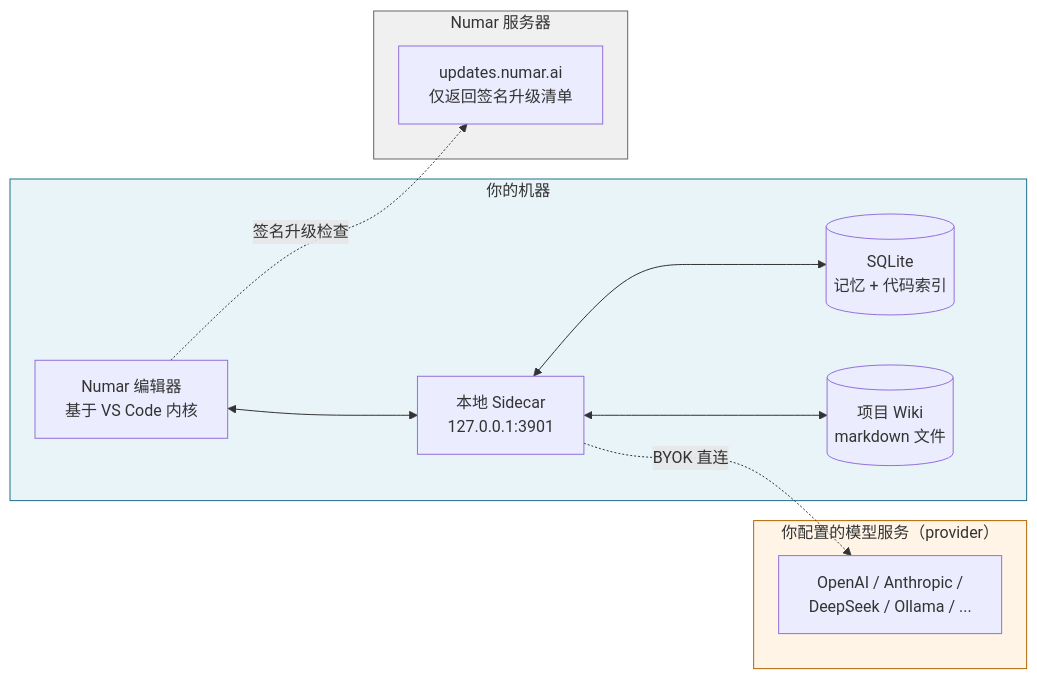
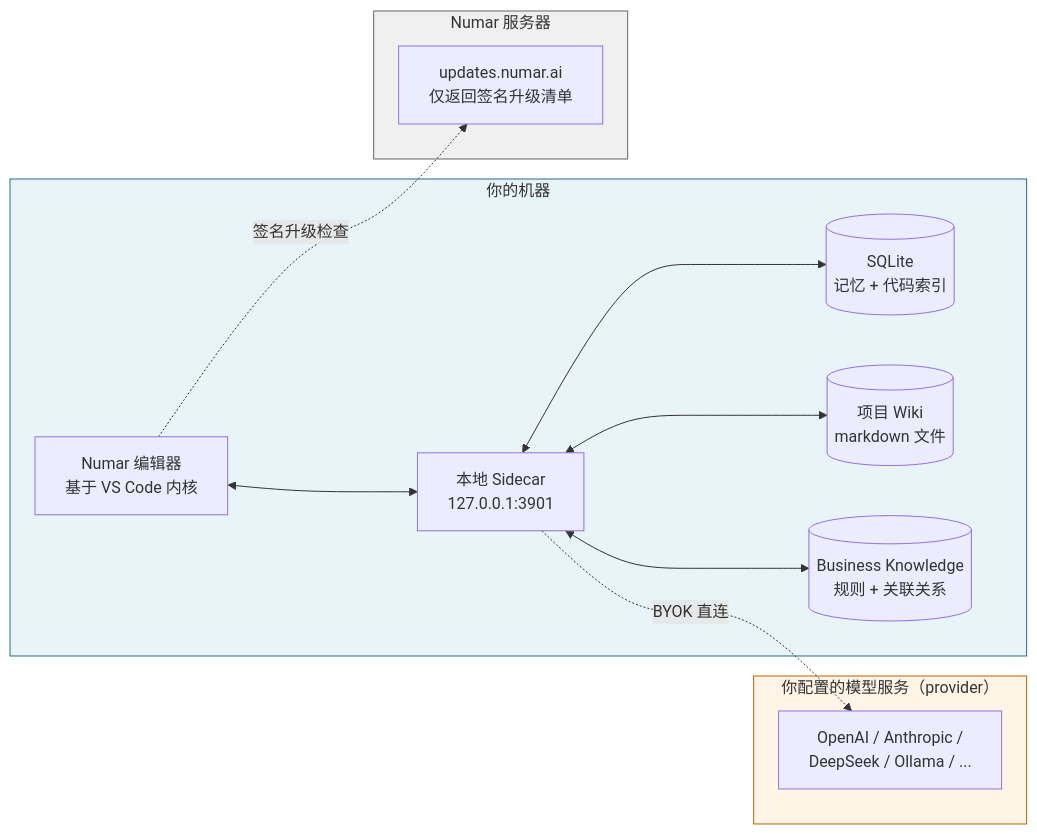
Before and after one commit to NumarAI/numar-releases: the first of 3 diagrams in README.zh-CN.md, drawn with Mermaid. The commit also changed other lines of this file and 1 other file, not shown here.

````diff
--- a/README.zh-CN.md
+++ b/README.zh-CN.md
@@ -63,31 +66,33 @@
 ```mermaid
 graph LR
     subgraph YourMachine["你的机器"]
         Editor[Numar 编辑器<br/>基于 VS Code 内核]
         Sidecar[本地 Sidecar<br/>127.0.0.1:3901]
         SQLite[(SQLite<br/>记忆 + 代码索引)]
         Wiki[(项目 Wiki<br/>markdown 文件)]
+        BusinessKnowledge[(Business Knowledge<br/>规则 + 关联关系)]
         Editor <--> Sidecar
         Sidecar <--> SQLite
         Sidecar <--> Wiki
+        Sidecar <--> BusinessKnowledge
     end
 
     subgraph YourProvider["你配置的模型服务（provider）"]
         LLM[OpenAI / Anthropic /<br/>DeepSeek / Ollama / ...]
     end
 
     Sidecar -.BYOK 直连.-> LLM
 
     subgraph NumarServers["Numar 服务器"]
         UpdateServer[updates.numar.ai<br/>仅返回签名升级清单]
     end
 
     Editor -.签名升级检查.-> UpdateServer
 
     classDef yours fill:#e8f4f8,stroke:#1f6f8b
     classDef provider fill:#fff4e6,stroke:#b56500
     classDef ours fill:#f0f0f0,stroke:#666
     class YourMachine yours
     class YourProvider provider
     class NumarServers ours
 ```
````
